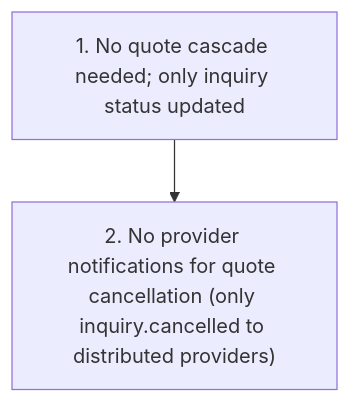
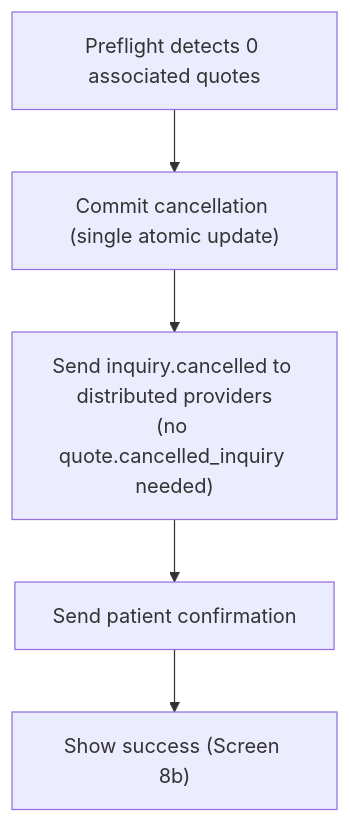
One commit to joachimtrungtuan/hairline-pm-docs changed diagram 13 of 14 in project-requirements/functional-requirements/fr003-inquiry-submission/prd.md. Above: the diagram before and after it, drawn with Mermaid. The commit also changed other lines of this file and 12 other files, not shown here.

Commit message:
Update task automation scripts and update FR-003 flows into Mermaid format

````diff
--- a/project-requirements/functional-requirements/fr003-inquiry-submission/prd.md
+++ b/project-requirements/functional-requirements/fr003-inquiry-submission/prd.md
@@ -411,4 +370,6 @@
 ```mermaid
 flowchart TD
-  E1S1["1. No quote cascade needed; only inquiry status updated"] --> E1S2["2. No provider notifications for quote cancellation (only inquiry.cancelled to distributed providers)"]
+    Preflight["Preflight detects 0 associated quotes"] --> Commit["Commit cancellation (single atomic update)"]
+    Commit --> Notify["Send inquiry.cancelled to distributed providers<br/>(no quote.cancelled_inquiry needed)"]
+    Notify --> Patient["Send patient confirmation"] --> Done["Show success (Screen 8b)"]
 ```
````
